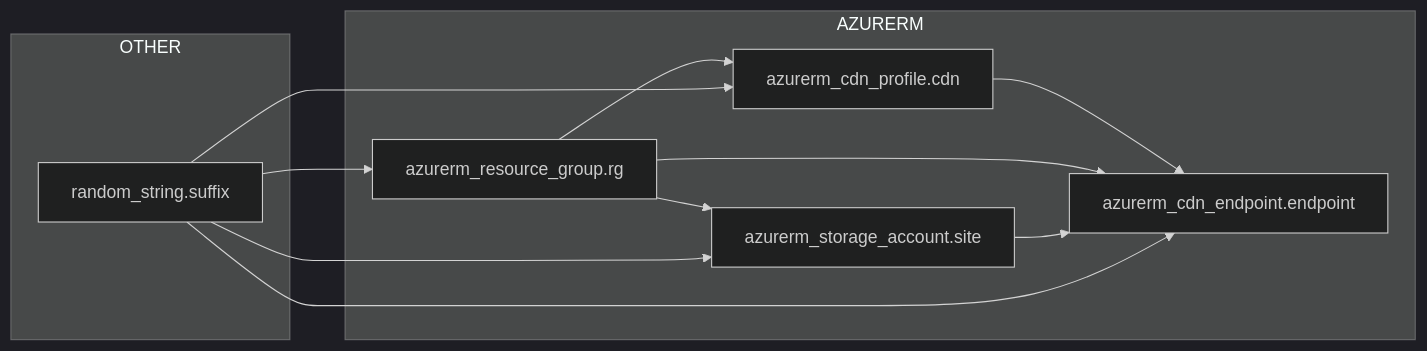
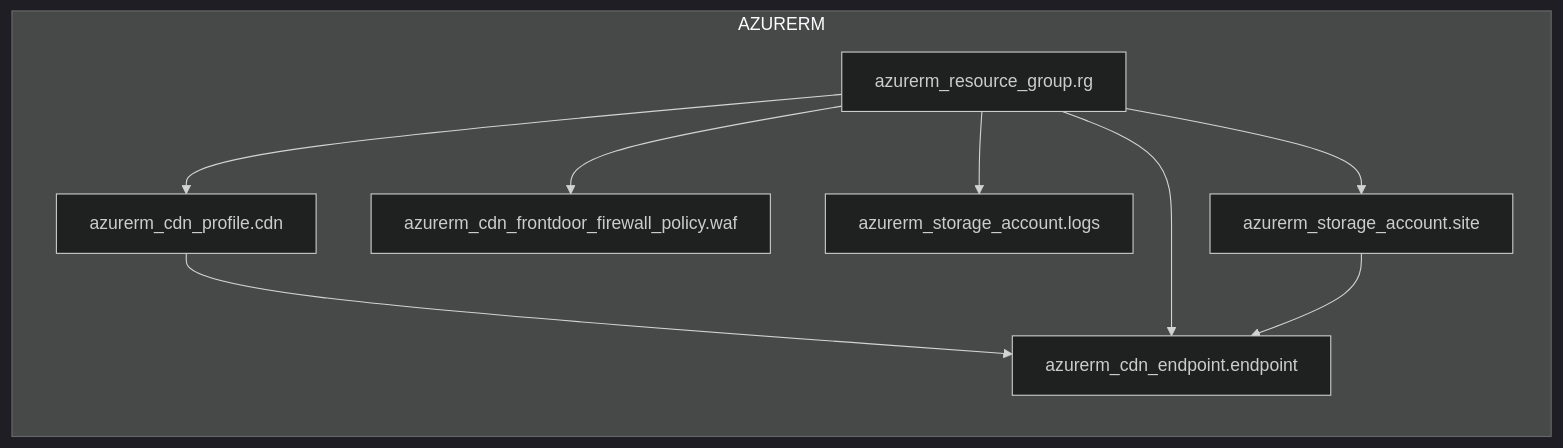
One commit to suryakumaran2611/auto-arch-diagram changed the diagram in examples/serverless-website/azure/terraform/architecture-diagram.mmd. Above: the diagram before and after it, drawn with Mermaid (dark theme). The commit also changed 243 other files, not shown here.

First line of the commit message:
Simplify MLOps multi-cloud architecture diagrams

```diff
--- a/examples/serverless-website/azure/terraform/architecture-diagram.mmd
+++ b/examples/serverless-website/azure/terraform/architecture-diagram.mmd
@@ -1,19 +1,16 @@
 flowchart LR
 subgraph AZURERM[AZURERM]
   tf_azurerm_cdn_endpoint_endpoint["azurerm_cdn_endpoint.endpoint"]
+  tf_azurerm_cdn_frontdoor_firewall_policy_waf["azurerm_cdn_frontdoor_firewall_policy.waf"]
   tf_azurerm_cdn_profile_cdn["azurerm_cdn_profile.cdn"]
   tf_azurerm_resource_group_rg["azurerm_resource_group.rg"]
+  tf_azurerm_storage_account_logs["azurerm_storage_account.logs"]
   tf_azurerm_storage_account_site["azurerm_storage_account.site"]
-end
-subgraph OTHER[OTHER]
-  tf_random_string_suffix["random_string.suffix"]
 end
 tf_azurerm_cdn_profile_cdn --> tf_azurerm_cdn_endpoint_endpoint
 tf_azurerm_resource_group_rg --> tf_azurerm_cdn_endpoint_endpoint
+tf_azurerm_resource_group_rg --> tf_azurerm_cdn_frontdoor_firewall_policy_waf
 tf_azurerm_resource_group_rg --> tf_azurerm_cdn_profile_cdn
+tf_azurerm_resource_group_rg --> tf_azurerm_storage_account_logs
 tf_azurerm_resource_group_rg --> tf_azurerm_storage_account_site
 tf_azurerm_storage_account_site --> tf_azurerm_cdn_endpoint_endpoint
-tf_random_string_suffix --> tf_azurerm_cdn_endpoint_endpoint
-tf_random_string_suffix --> tf_azurerm_cdn_profile_cdn
-tf_random_string_suffix --> tf_azurerm_resource_group_rg
-tf_random_string_suffix --> tf_azurerm_storage_account_site
```
